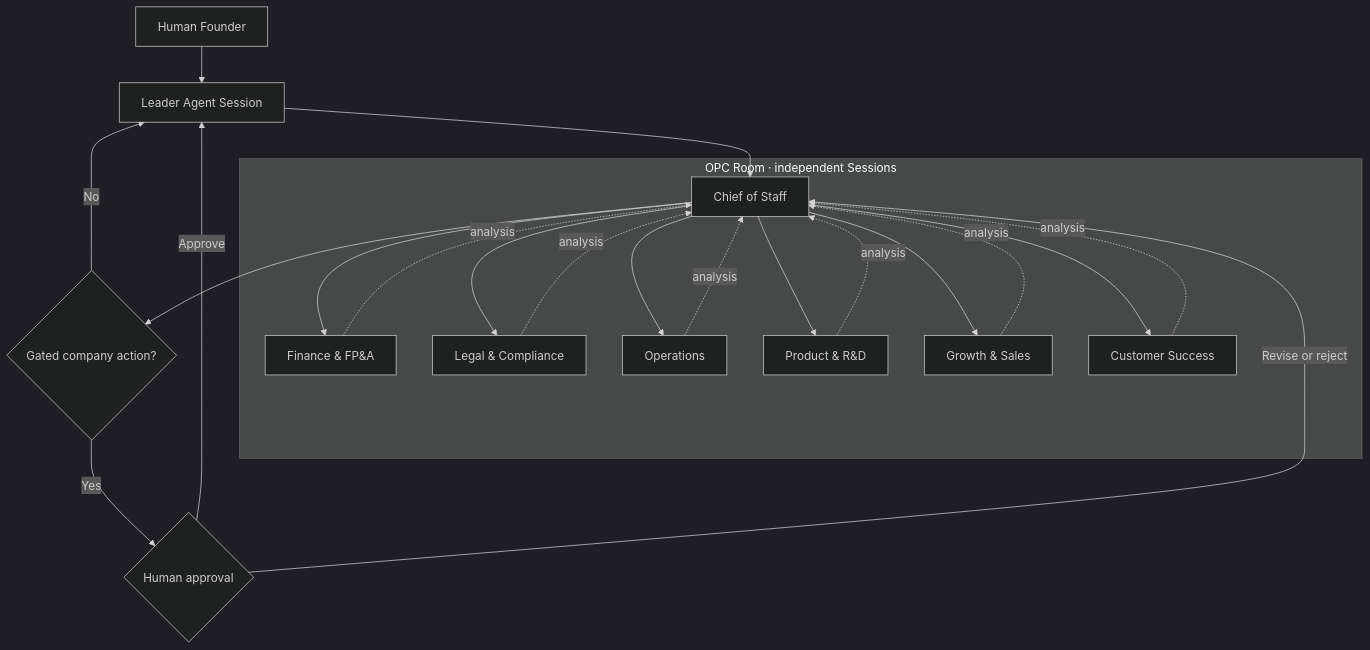
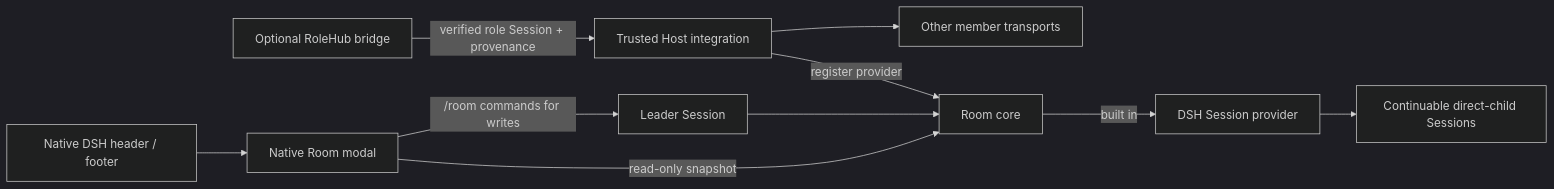
The diagram in README.md (ishuowang/dsh-agent-team-room), drawn with Mermaid (dark theme) before and after one commit. The commit also changed other lines of this file and 74 other files, not shown here.

Commit message:
feat: make rooms provider-driven and native (#5)

````diff
--- a/README.md
+++ b/README.md
@@ -123,34 +24,14 @@
 ```mermaid
-flowchart TB
-  H[Human Founder] --> L[Leader Agent Session]
+flowchart LR
+  L[Leader Session] --> R[Room core]
+  R -->|built in| D[DSH Session provider]
+  D --> C[Continuable direct-child Sessions]
 
-  subgraph ROOM[OPC Room · independent Sessions]
-    C[Chief of Staff]
-    F["Finance & FP&A"]
-    G["Legal & Compliance"]
-    O[Operations]
-    R["Product & R&D"]
-    M["Growth & Sales"]
-    S[Customer Success]
+  H[Trusted Host integration] -->|register provider| R
+  RH[Optional RoleHub bridge] -->|verified role Session + provenance| H
+  H --> X[Other member transports]
 
-    C --> F
-    C --> G
-    C --> O
-    C --> R
-    C --> M
-    C --> S
-    F -. analysis .-> C
-    G -. analysis .-> C
-    O -. analysis .-> C
-    R -. analysis .-> C
-    M -. analysis .-> C
-    S -. analysis .-> C
-  end
-
-  L --> C
-  C --> D{Gated company action?}
-  D -->|No| L
-  D -->|Yes| A{Human approval}
-  A -->|Approve| L
-  A -->|Revise or reject| C
+  UI[Native DSH header / footer] --> M[Native Room modal]
+  M -->|read-only snapshot| R
+  M -->|/room commands for writes| L
 ```
````
